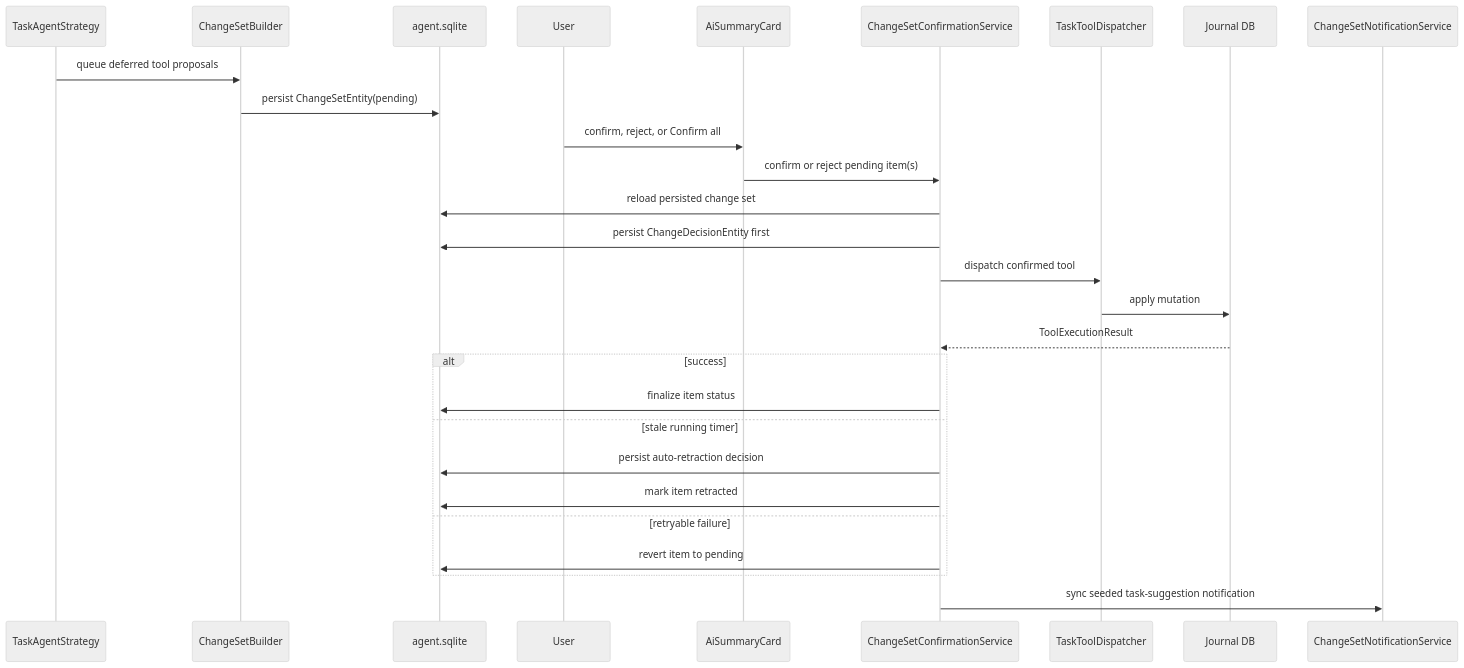
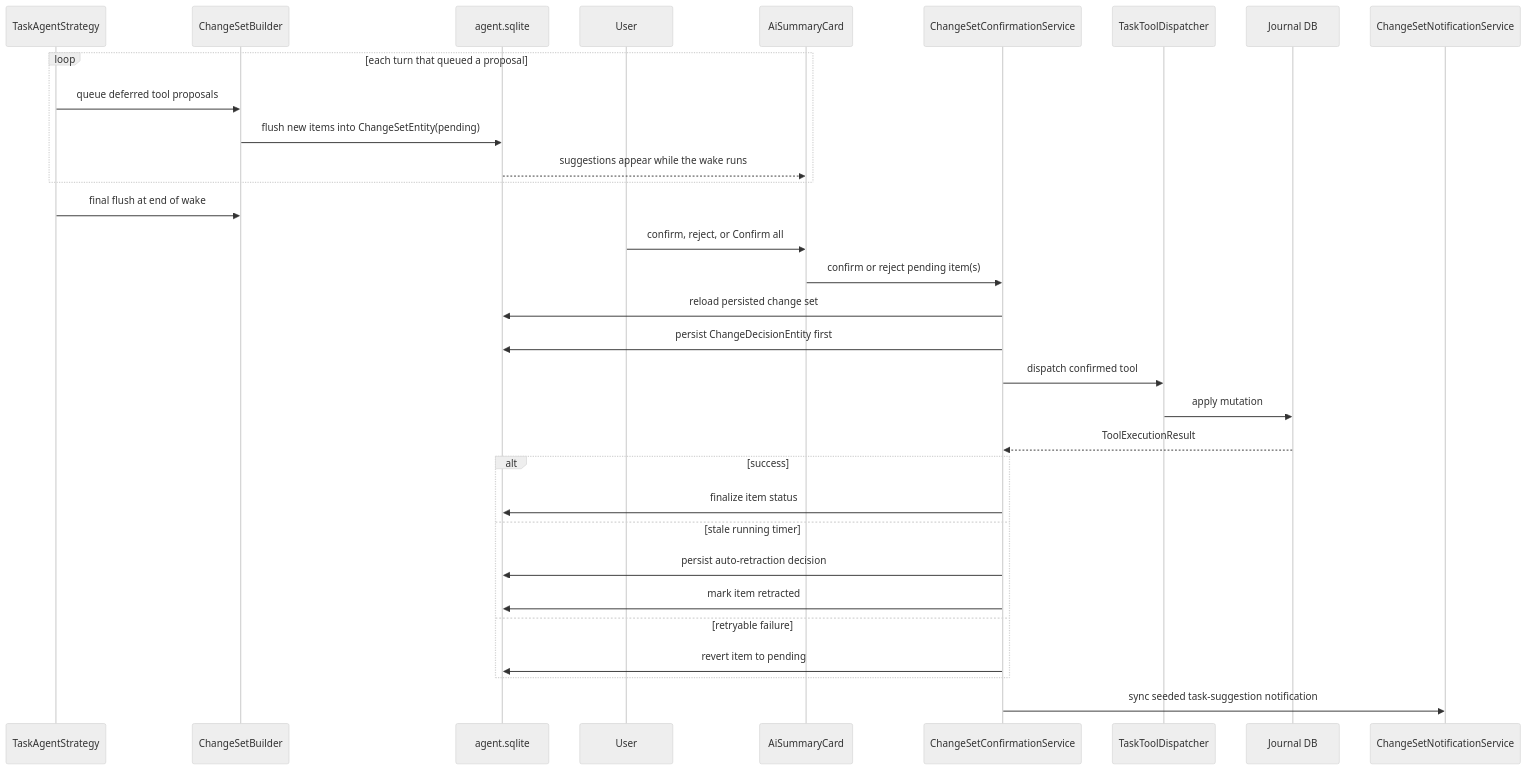
One commit to matthiasn/lotti changed the sixth of 7 diagrams in knowledge/features/agents/task-agents.md. Above: the diagram before and after it, drawn with Mermaid (neutral theme). The commit also changed other lines of this file and 10 other files, not shown here.

````diff
--- a/knowledge/features/agents/task-agents.md
+++ b/knowledge/features/agents/task-agents.md
@@ -454,31 +482,35 @@
 ```mermaid
 sequenceDiagram
   participant Agent as TaskAgentStrategy
   participant Builder as ChangeSetBuilder
   participant Store as agent.sqlite
   participant User as User
   participant Card as AiSummaryCard
   participant Confirm as ChangeSetConfirmationService
   participant Dispatch as TaskToolDispatcher
   participant Journal as Journal DB
   participant Inbox as ChangeSetNotificationService
 
-  Agent->>Builder: queue deferred tool proposals
-  Builder->>Store: persist ChangeSetEntity(pending)
+  loop each turn that queued a proposal
+    Agent->>Builder: queue deferred tool proposals
+    Builder->>Store: flush new items into ChangeSetEntity(pending)
+    Store-->>Card: suggestions appear while the wake runs
+  end
+  Agent->>Builder: final flush at end of wake
   User->>Card: confirm, reject, or Confirm all
   Card->>Confirm: confirm or reject pending item(s)
   Confirm->>Store: reload persisted change set
   Confirm->>Store: persist ChangeDecisionEntity first
   Confirm->>Dispatch: dispatch confirmed tool
   Dispatch->>Journal: apply mutation
   Journal-->>Confirm: ToolExecutionResult
   alt success
     Confirm->>Store: finalize item status
   else stale running timer
     Confirm->>Store: persist auto-retraction decision
     Confirm->>Store: mark item retracted
   else retryable failure
     Confirm->>Store: revert item to pending
   end
   Confirm->>Inbox: sync seeded task-suggestion notification
 ```
````
